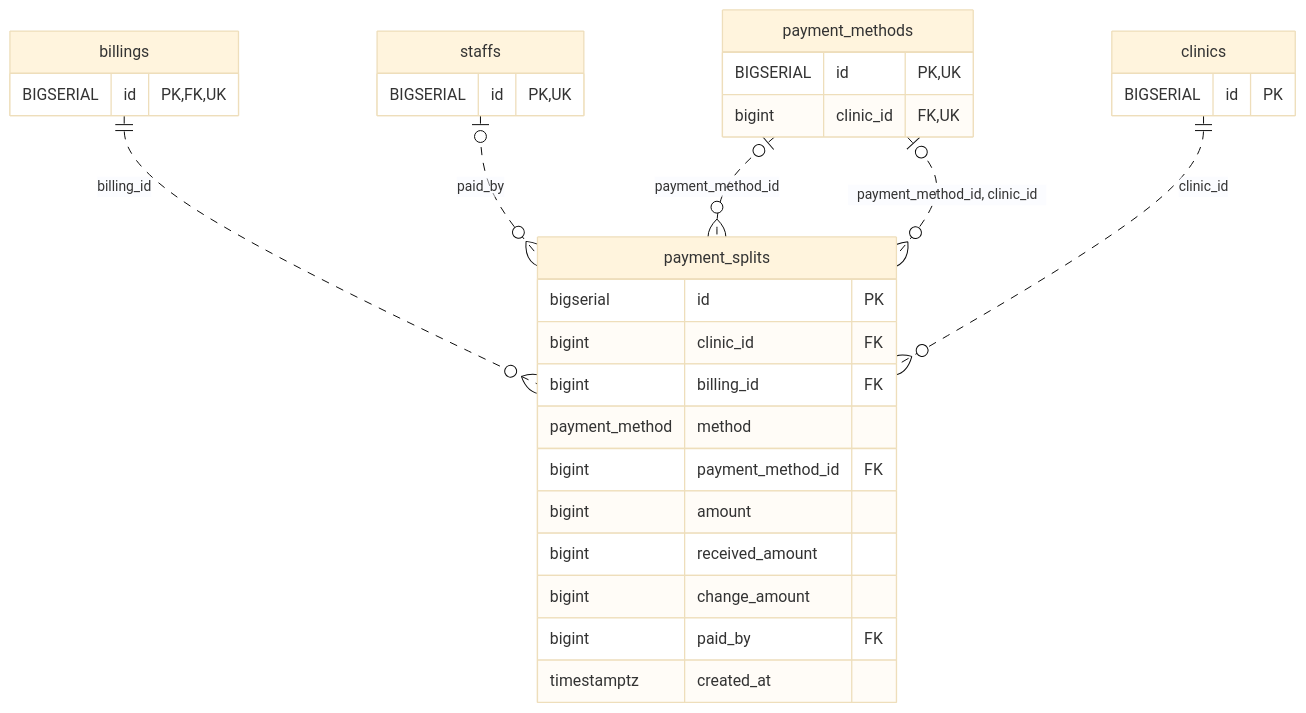
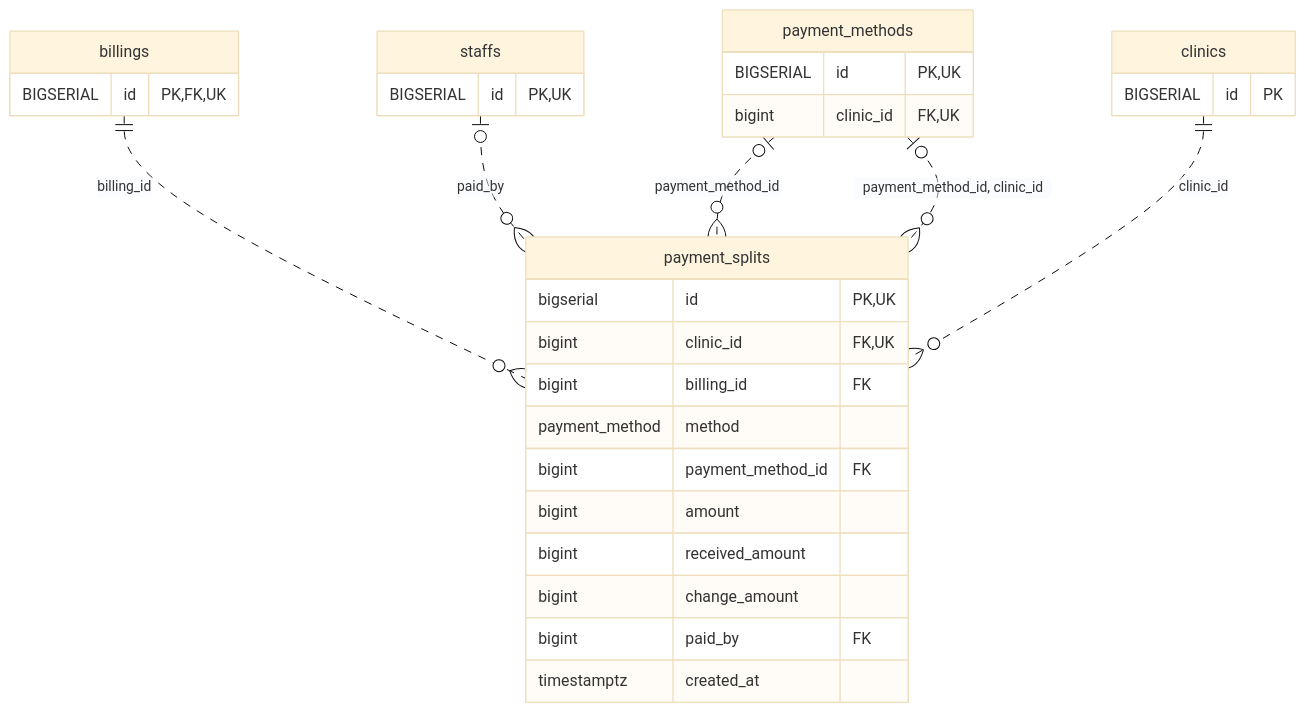
One commit to MinoruSoga/AnimalEkarte changed the diagram in docs/architecture/erd-detail/payment_splits.md. Above: the diagram before and after it, drawn with Mermaid (base theme). The commit also changed other lines of this file and 131 other files, not shown here.

````diff
--- a/docs/architecture/erd-detail/payment_splits.md
+++ b/docs/architecture/erd-detail/payment_splits.md
@@ -33,33 +33,33 @@
 ```mermaid
 erDiagram
     payment_splits {
-        bigserial id PK
-        bigint clinic_id FK
+        bigserial id PK,UK
+        bigint clinic_id FK,UK
         bigint billing_id FK
         payment_method method
         bigint payment_method_id FK
         bigint amount
         bigint received_amount
         bigint change_amount
         bigint paid_by FK
         timestamptz created_at
     }
     billings {
         BIGSERIAL id PK,FK,UK
     }
     clinics {
         BIGSERIAL id PK
     }
     payment_methods {
         BIGSERIAL id PK,UK
         bigint clinic_id FK,UK
     }
     staffs {
         BIGSERIAL id PK,UK
     }
     billings ||..o{ payment_splits : "billing_id"
     payment_methods o|..o{ payment_splits : "payment_method_id"
     staffs o|..o{ payment_splits : "paid_by"
     clinics ||..o{ payment_splits : "clinic_id"
     payment_methods o|..o{ payment_splits : "payment_method_id, clinic_id"
 ```
````
